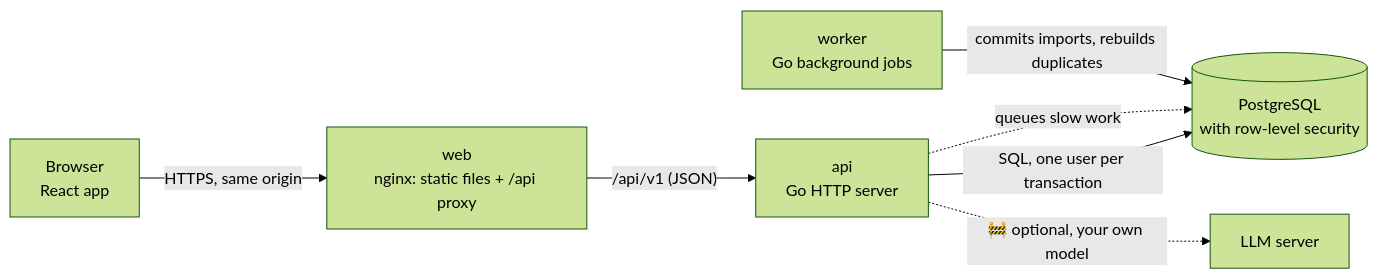
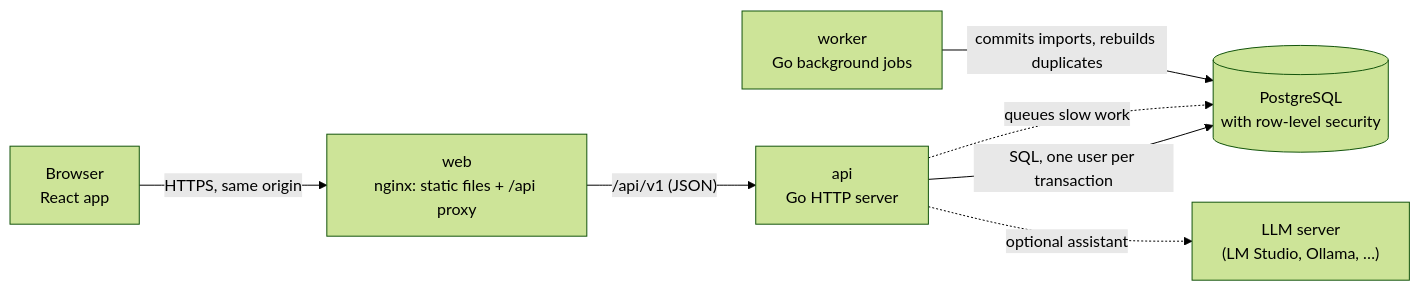
One commit to x2db736ac85h/Finuance changed the diagram in README.md. Above: the diagram before and after it, drawn with Mermaid (forest theme). The commit also changed other lines of this file and 10 other files, not shown here.

````diff
--- a/README.md
+++ b/README.md
@@ -86,9 +87,9 @@
 ```mermaid
 flowchart LR
     browser["Browser<br/>React app"] -->|"HTTPS, same origin"| web["web<br/>nginx: static files + /api proxy"]
     web -->|"/api/v1 (JSON)"| api["api<br/>Go HTTP server"]
     api -->|"SQL, one user per transaction"| db[("PostgreSQL<br/>with row-level security")]
     api -.->|"queues slow work"| db
     worker["worker<br/>Go background jobs"] -->|"commits imports, rebuilds duplicates"| db
-    api -.->|"🚧 optional, your own model"| llm["LLM server"]
+    api -.->|"optional assistant"| llm["LLM server<br/>(LM Studio, Ollama, …)"]
 ```
````
